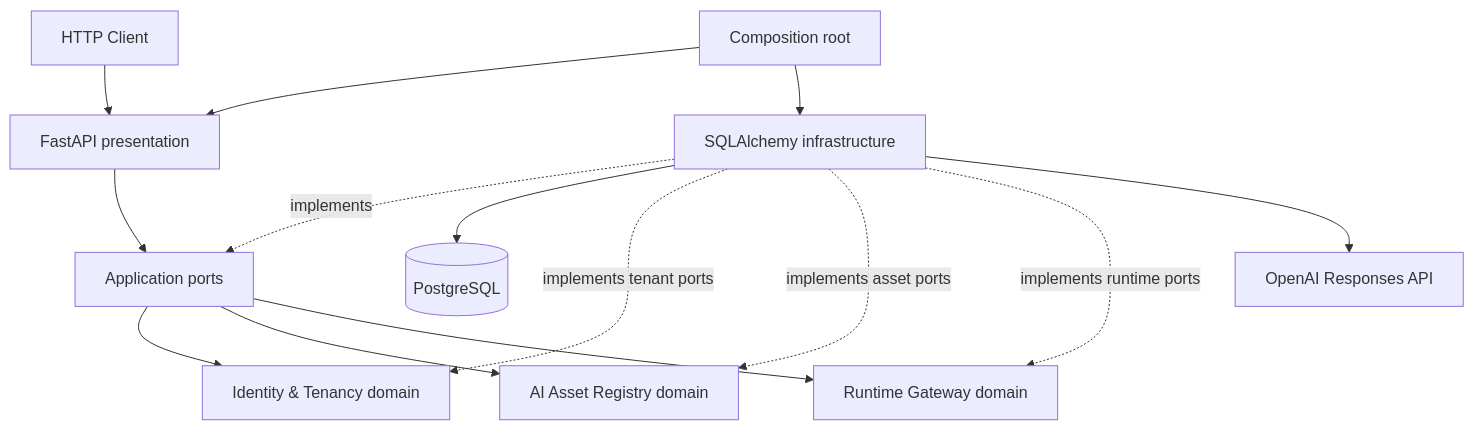
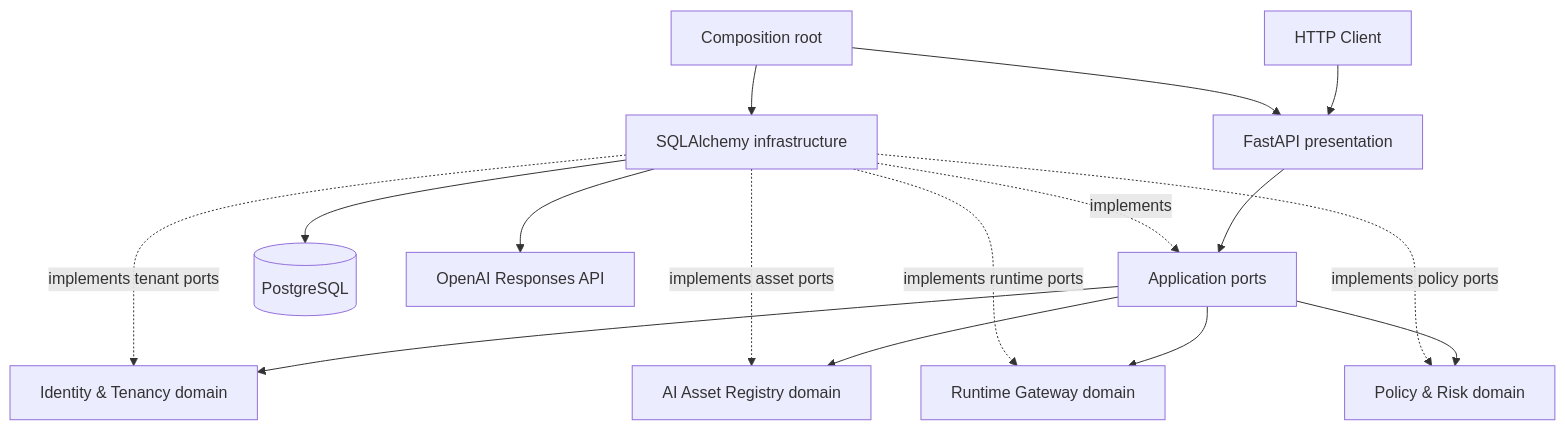
Before and after one commit to mohammadRrza/valor-control-plane: the second of 5 diagrams in docs/architecture/README.md, drawn with Mermaid. The commit also changed other lines of this file and 52 other files, not shown here.

````diff
--- a/docs/architecture/README.md
+++ b/docs/architecture/README.md
@@ -19,16 +19,18 @@
 ```mermaid
 flowchart TB
   C[HTTP Client] --> API[FastAPI presentation]
   API --> APP[Application ports]
   BOOT[Composition root] --> API
   BOOT --> INFRA[SQLAlchemy infrastructure]
   INFRA -. implements .-> APP
   INFRA --> PG[(PostgreSQL)]
   APP --> TENANT[Identity & Tenancy domain]
   INFRA -. implements tenant ports .-> TENANT
   APP --> ASSET[AI Asset Registry domain]
   INFRA -. implements asset ports .-> ASSET
   APP --> RUNTIME[Runtime Gateway domain]
   INFRA -. implements runtime ports .-> RUNTIME
   INFRA --> OPENAI[OpenAI Responses API]
+  APP --> POLICY[Policy & Risk domain]
+  INFRA -. implements policy ports .-> POLICY
 ```
````
